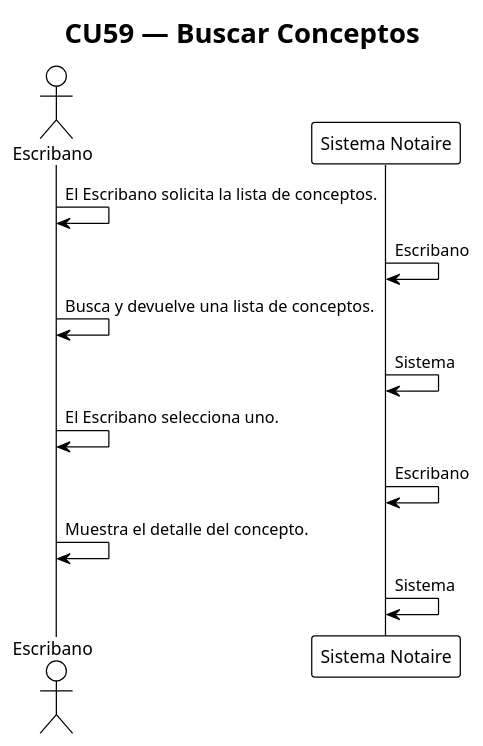
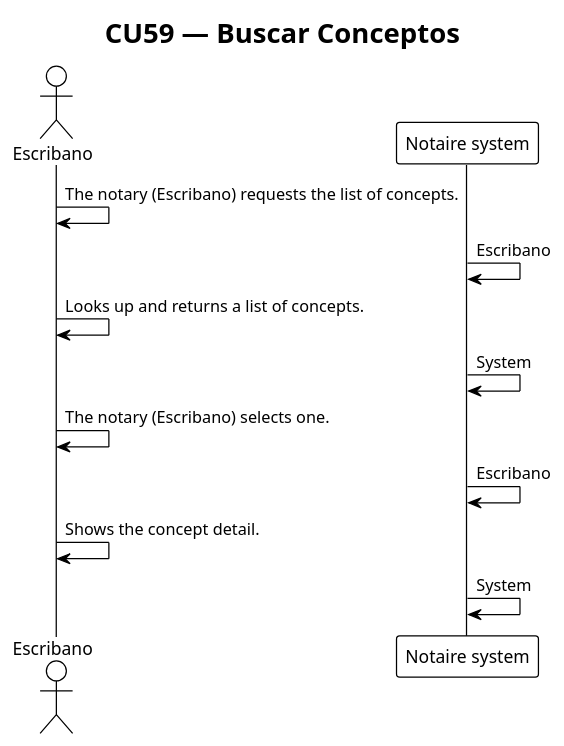
The diagram in docs/200-architecture/204-diagrams/Secuencias/seq59-buscar-conceptos.puml (matiaspakua/notaire), drawn with PlantUML before and after one commit. The commit also changed 165 other files, not shown here.

First line of the commit message:
[#1490] docs(architecture): write CU sequence steps in English (#1505)

```diff
--- a/docs/200-architecture/204-diagrams/Secuencias/seq59-buscar-conceptos.puml
+++ b/docs/200-architecture/204-diagrams/Secuencias/seq59-buscar-conceptos.puml
@@ -1,17 +1,17 @@
 @startuml cu59
 !theme plain
 title CU59 — Buscar Conceptos
 
 actor "Escribano" as Actor
-participant "Sistema Notaire" as Sistema
+participant "Notaire system" as System
 
-Actor -> Actor : El Escribano solicita la lista de conceptos.
-Sistema -> Sistema : Escribano
-Actor -> Actor : Busca y devuelve una lista de conceptos.
-Sistema -> Sistema : Sistema
-Actor -> Actor : El Escribano selecciona uno.
-Sistema -> Sistema : Escribano
-Actor -> Actor : Muestra el detalle del concepto.
-Sistema -> Sistema : Sistema
+Actor -> Actor : The notary (Escribano) requests the list of concepts.
+System -> System : Escribano
+Actor -> Actor : Looks up and returns a list of concepts.
+System -> System : System
+Actor -> Actor : The notary (Escribano) selects one.
+System -> System : Escribano
+Actor -> Actor : Shows the concept detail.
+System -> System : System
 
 @enduml
```
